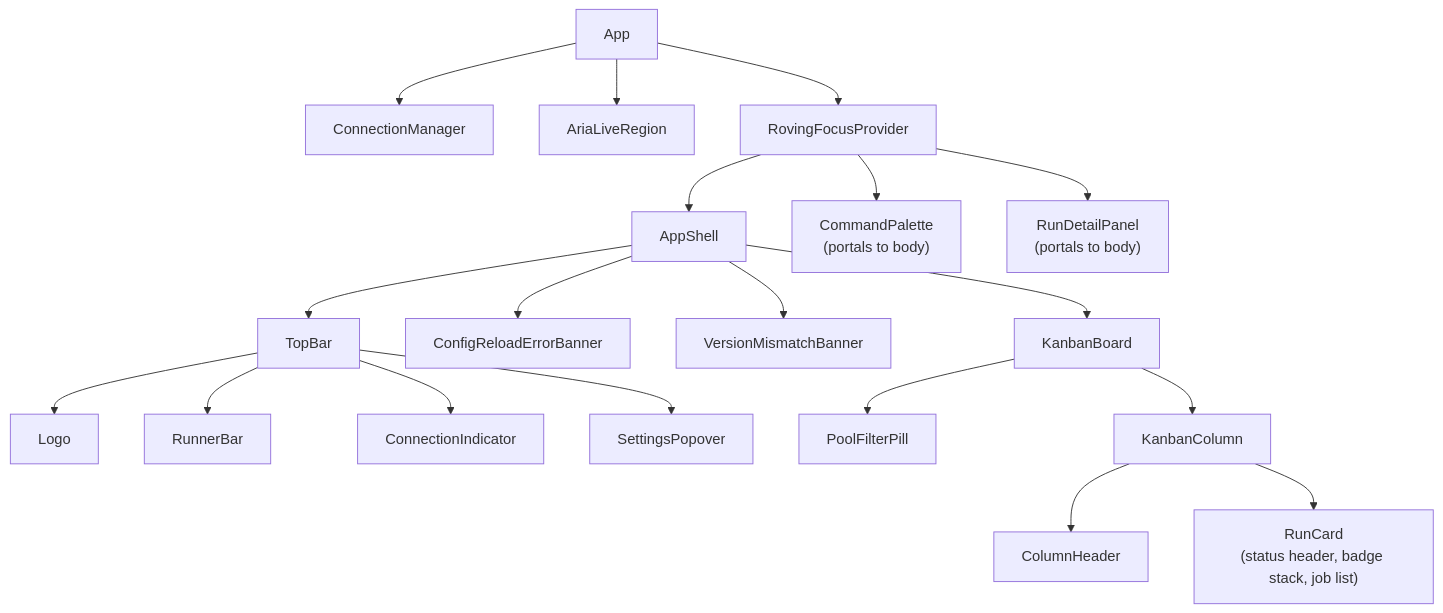
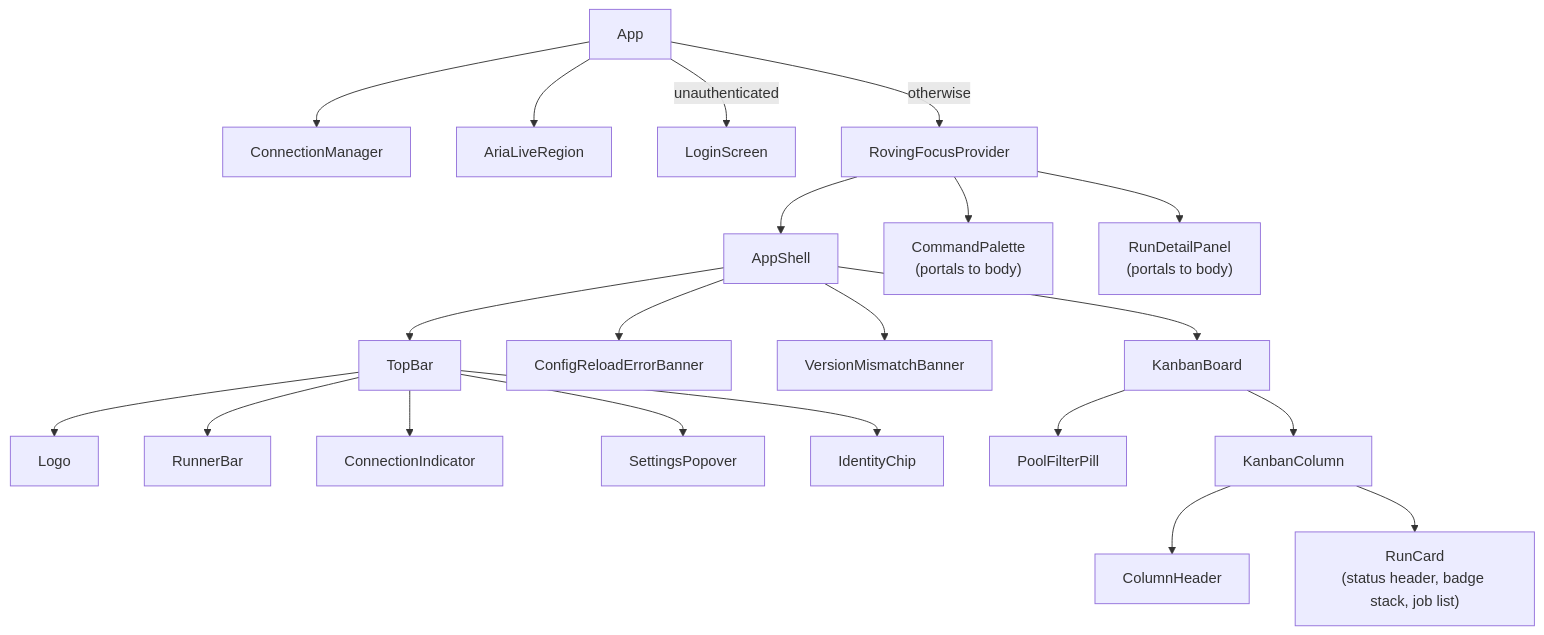
Before and after one commit to bojanrajkovic/atc: the second of 4 diagrams in docs/architecture/frontend-app.md, drawn with Mermaid. The commit also changed other lines of this file and 14 other files, not shown here.

````diff
--- a/docs/architecture/frontend-app.md
+++ b/docs/architecture/frontend-app.md
@@ -29,21 +29,23 @@
 ```mermaid
 flowchart TD
     App --> ConnectionManager
     App --> AriaLiveRegion
-    App --> RovingFocusProvider
+    App -->|unauthenticated| LoginScreen
+    App -->|otherwise| RovingFocusProvider
     RovingFocusProvider --> AppShell
     RovingFocusProvider --> CommandPalette["CommandPalette<br/>(portals to body)"]
     RovingFocusProvider --> RunDetailPanel["RunDetailPanel<br/>(portals to body)"]
     AppShell --> TopBar
     AppShell --> ConfigReloadErrorBanner
     AppShell --> VersionMismatchBanner
     AppShell --> KanbanBoard
     TopBar --> Logo
     TopBar --> RunnerBar
     TopBar --> ConnectionIndicator
     TopBar --> SettingsPopover
+    TopBar --> IdentityChip
     KanbanBoard --> PoolFilterPill
     KanbanBoard --> KanbanColumn
     KanbanColumn --> ColumnHeader
     KanbanColumn --> RunCard["RunCard<br/>(status header, badge stack, job list)"]
 ```
````
